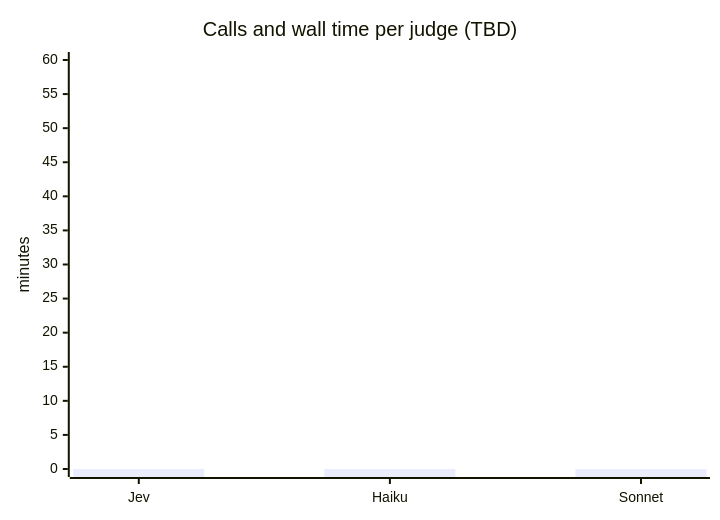
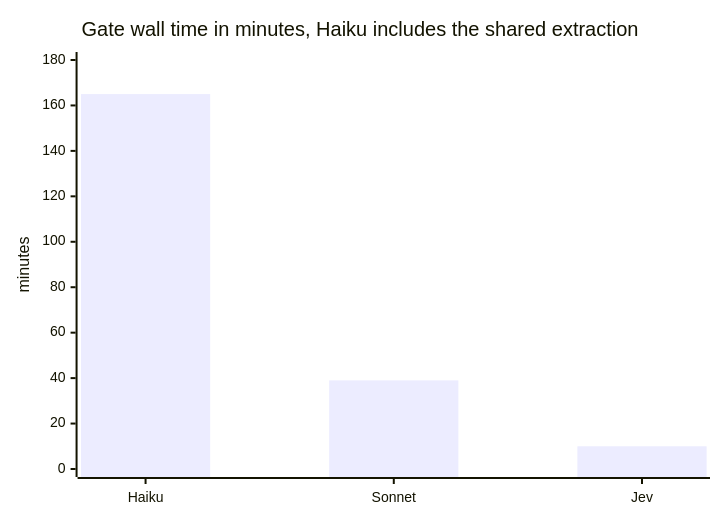
The sixth of 7 diagrams in src/rnd/v0.2.2/2026.09.30-lupin-af-documentation-rewrite-plan/2026.10.01-claim-judge-comparison-jev-haiku-sonnet.md (deepily/lupin), drawn with Mermaid before and after one commit. The commit also changed other lines of this file and 1 other file, not shown here.

First line of the commit message:
[LUPIN] Row 0fc47c13: claim judge comparison report with the gate figures (Jev, Haiku, Sonnet)

````diff
--- a/src/rnd/v0.2.2/2026.09.30-lupin-af-documentation-rewrite-plan/2026.10.01-claim-judge-comparison-jev-haiku-sonnet.md
+++ b/src/rnd/v0.2.2/2026.09.30-lupin-af-documentation-rewrite-plan/2026.10.01-claim-judge-comparison-jev-haiku-sonnet.md
@@ -96,7 +187,7 @@
 ```mermaid
 xychart-beta
-    title "Calls and wall time per judge (TBD)"
-    x-axis [Jev, Haiku, Sonnet]
-    y-axis "minutes" 0 --> 60
-    bar [0, 0, 0]
+    title "Gate wall time in minutes, Haiku includes the shared extraction"
+    x-axis ["Haiku", "Sonnet", "Jev"]
+    y-axis "minutes" 0 --> 180
+    bar [165, 39, 10]
 ```
````
